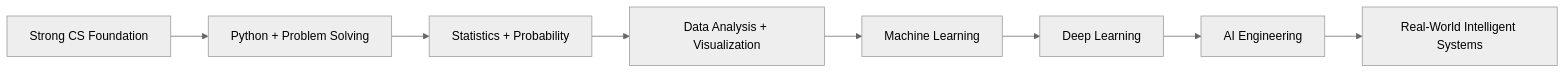
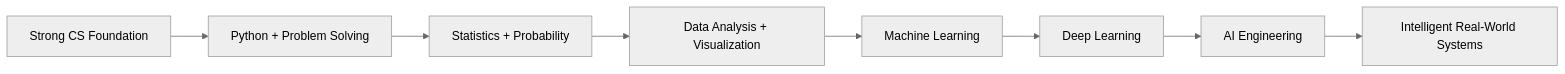
One commit to Efti6181/Efti6181 changed the diagram in README.md. Above: the diagram before and after it, drawn with Mermaid (neutral theme). The commit also changed other lines of this file, not shown here.

````diff
--- a/README.md
+++ b/README.md
@@ -322,10 +365,10 @@
 ```mermaid
 flowchart LR
     A[Strong CS Foundation] --> B[Python + Problem Solving]
     B --> C[Statistics + Probability]
     C --> D[Data Analysis + Visualization]
     D --> E[Machine Learning]
     E --> F[Deep Learning]
     F --> G[AI Engineering]
-    G --> H[Real-World Intelligent Systems]
+    G --> H[Intelligent Real-World Systems]
 ```
````
